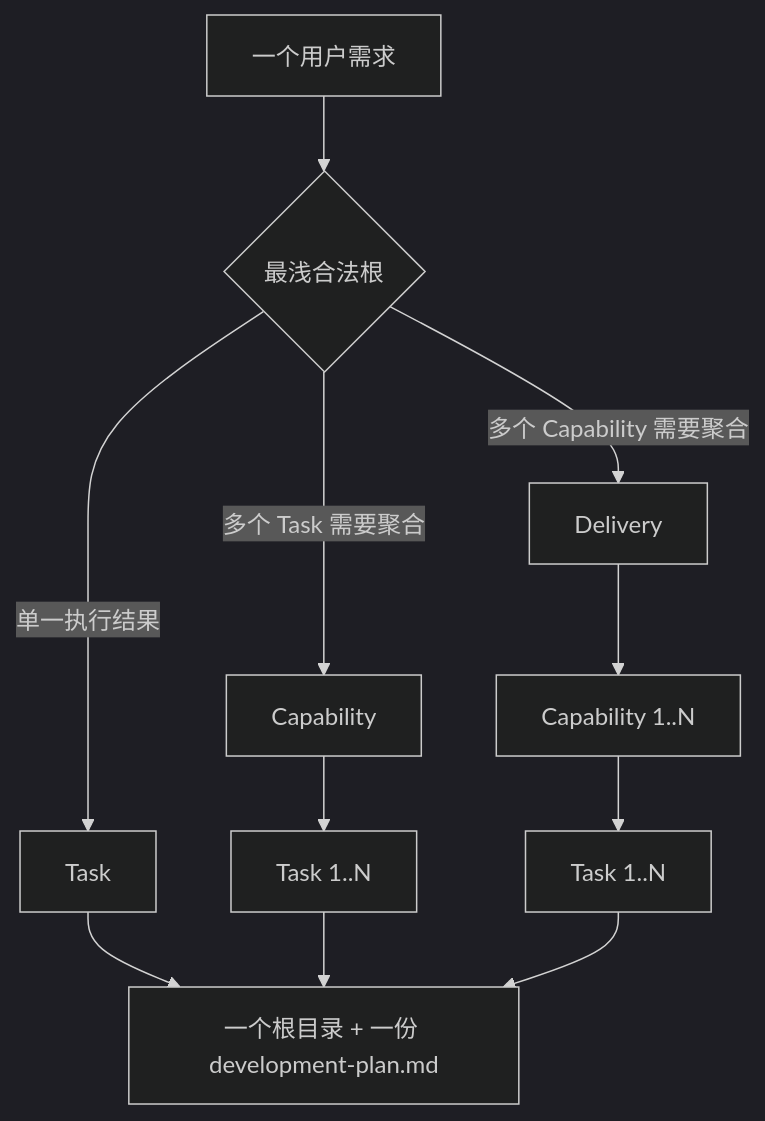
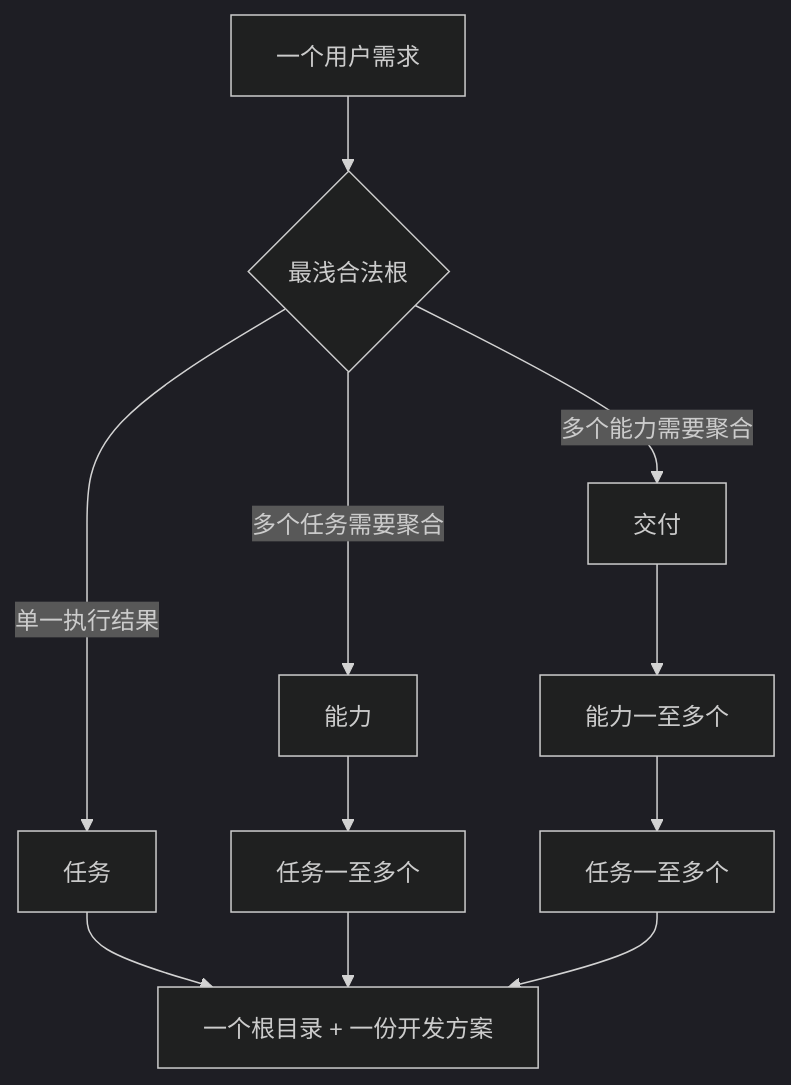
Before and after one commit to feng123321li/gated-ai-dev-loop: the first of 4 diagrams in skills/hierarchical-delivery-governance/references/workflow.md, drawn with Mermaid (dark theme). The commit also changed other lines of this file and 38 other files, not shown here.

````diff
--- a/skills/hierarchical-delivery-governance/references/workflow.md
+++ b/skills/hierarchical-delivery-governance/references/workflow.md
@@ -21,13 +21,13 @@
 ```mermaid
 flowchart TD
     A["一个用户需求"] --> R{"最浅合法根"}
-    R -->|"单一执行结果"| T["Task"]
-    R -->|"多个 Task 需要聚合"| C["Capability"]
-    R -->|"多个 Capability 需要聚合"| D["Delivery"]
-    C --> CT["Task 1..N"]
-    D --> DC["Capability 1..N"]
-    DC --> DT["Task 1..N"]
-    T --> P["一个根目录 + 一份 development-plan.md"]
+    R -->|"单一执行结果"| T["任务"]
+    R -->|"多个任务需要聚合"| C["能力"]
+    R -->|"多个能力需要聚合"| D["交付"]
+    C --> CT["任务一至多个"]
+    D --> DC["能力一至多个"]
+    DC --> DT["任务一至多个"]
+    T --> P["一个根目录 + 一份开发方案"]
     CT --> P
     DT --> P
 ```
````
